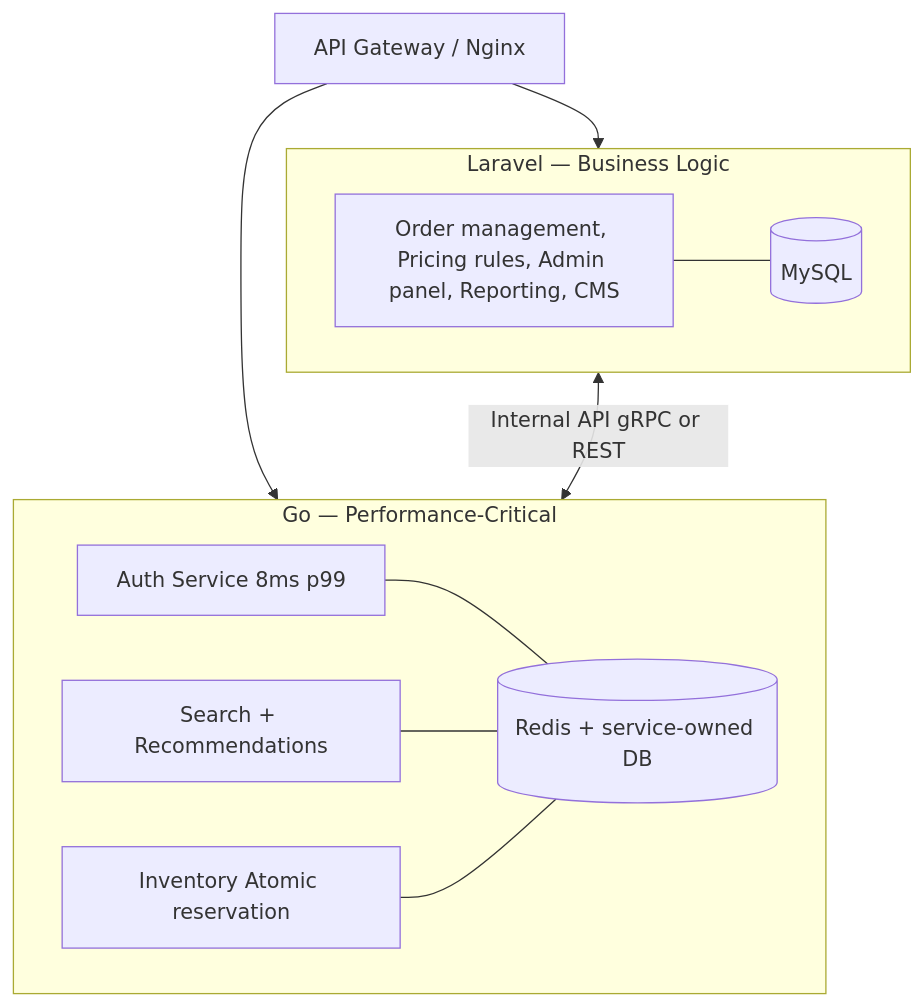
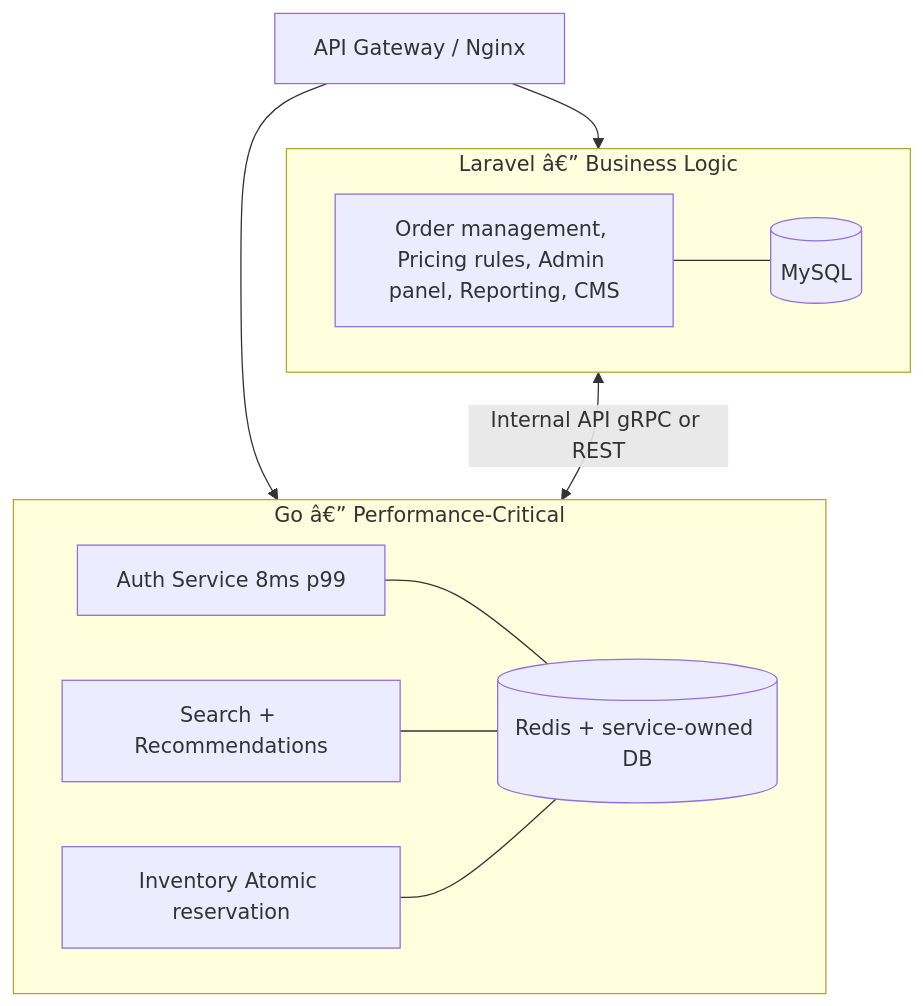
One commit to vesviet/vesviet changed the diagram in content/posts/laravel-vs-golang-when-to-add-features.md. Above: the diagram before and after it, drawn with Mermaid. The commit also changed other lines of this file, not shown here.

````diff
--- a/content/posts/laravel-vs-golang-when-to-add-features.md
+++ b/content/posts/laravel-vs-golang-when-to-add-features.md
@@ -157,25 +157,25 @@
 ```mermaid
 graph TB
     GW["API Gateway / Nginx"]
 
     GW --> LA["Laravel App"]
     GW --> GS["Go Services"]
 
-    subgraph LA["Laravel — Business Logic"]
+    subgraph LA["Laravel â€” Business Logic"]
         BL["Order management, Pricing rules, Admin panel, Reporting, CMS"]
         DB_LA[("MySQL")]
         BL --- DB_LA
     end
 
-    subgraph GS["Go — Performance-Critical"]
+    subgraph GS["Go â€” Performance-Critical"]
         AUTH["Auth Service 8ms p99"]
         SEARCH["Search + Recommendations"]
         INV["Inventory Atomic reservation"]
         DB_GO[("Redis + service-owned DB")]
         AUTH --- DB_GO
         SEARCH --- DB_GO
         INV --- DB_GO
     end
 
     LA <-->|"Internal API gRPC or REST"| GS
 ```
````
